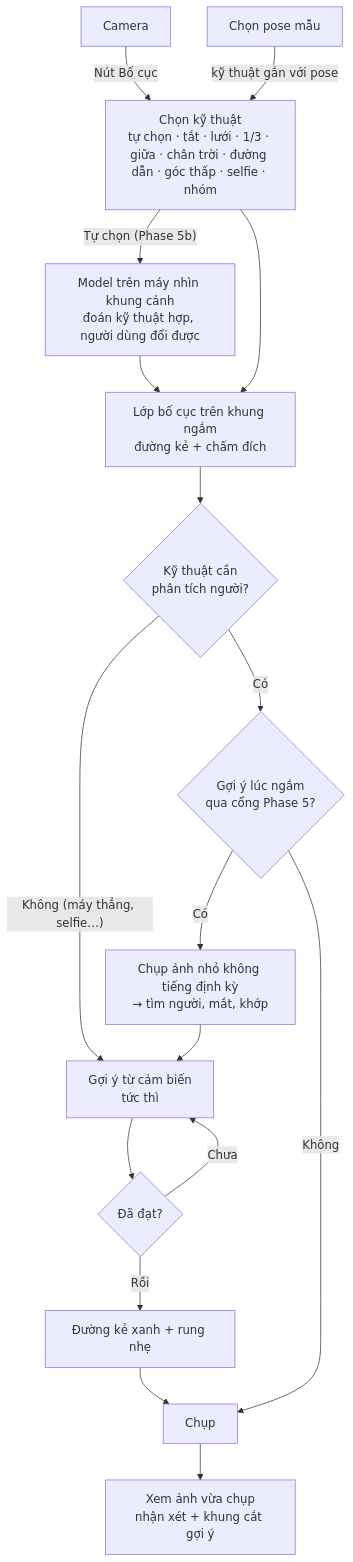
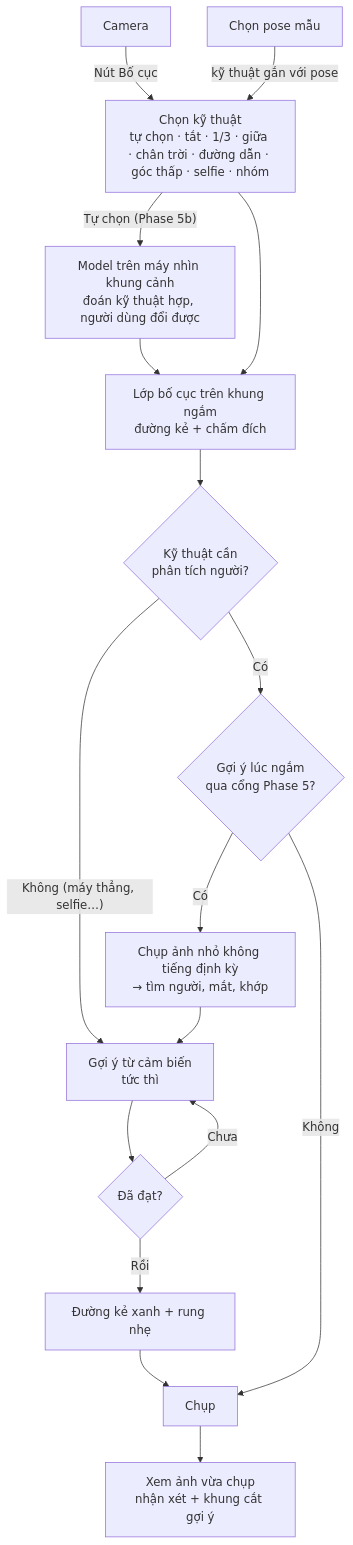
The fourth of 7 diagrams in docs/business-flow.md (tktnq2004/TakeASnap), drawn with Mermaid before and after one commit. The commit also changed other lines of this file and 18 other files, not shown here.

````diff
--- a/docs/business-flow.md
+++ b/docs/business-flow.md
@@ -257,19 +258,19 @@
 ```mermaid
 flowchart TD
-    CAM[Camera] -- "Nút Bố cục" --> PICK[Chọn kỹ thuật<br/>tự chọn · tắt · lưới · 1/3 · giữa · chân trời · đường dẫn · góc thấp · selfie · nhóm]
+    CAM[Camera] -- "Nút Bố cục" --> PICK[Chọn kỹ thuật<br/>tự chọn · tắt · 1/3 · giữa · chân trời · đường dẫn · góc thấp · selfie · nhóm]
     PICK -- "Tự chọn (Phase 5b)" --> AUTO[Model trên máy nhìn khung cảnh<br/>đoán kỹ thuật hợp, người dùng đổi được]
     AUTO --> GUIDE
     POSE[Chọn pose mẫu] -- "kỹ thuật gắn với pose" --> PICK
     PICK --> GUIDE[Lớp bố cục trên khung ngắm<br/>đường kẻ + chấm đích]
     GUIDE --> SENSE{Kỹ thuật cần<br/>phân tích người?}
     SENSE -- "Không (máy thẳng, selfie…)" --> HINT[Gợi ý từ cảm biến<br/>tức thì]
     SENSE -- "Có" --> LIVE{Gợi ý lúc ngắm<br/>qua cổng Phase 5?}
     LIVE -- "Có" --> ANALYZE[Chụp ảnh nhỏ không tiếng định kỳ<br/>→ tìm người, mắt, khớp]
     ANALYZE --> HINT
     LIVE -- "Không" --> SHOOT
     HINT --> OK{Đã đạt?}
     OK -- "Chưa" --> HINT
     OK -- "Rồi" --> GREEN[Đường kẻ xanh + rung nhẹ]
     GREEN --> SHOOT[Chụp]
     SHOOT --> REVIEW[Xem ảnh vừa chụp<br/>nhận xét + khung cắt gợi ý]
 ```
````
